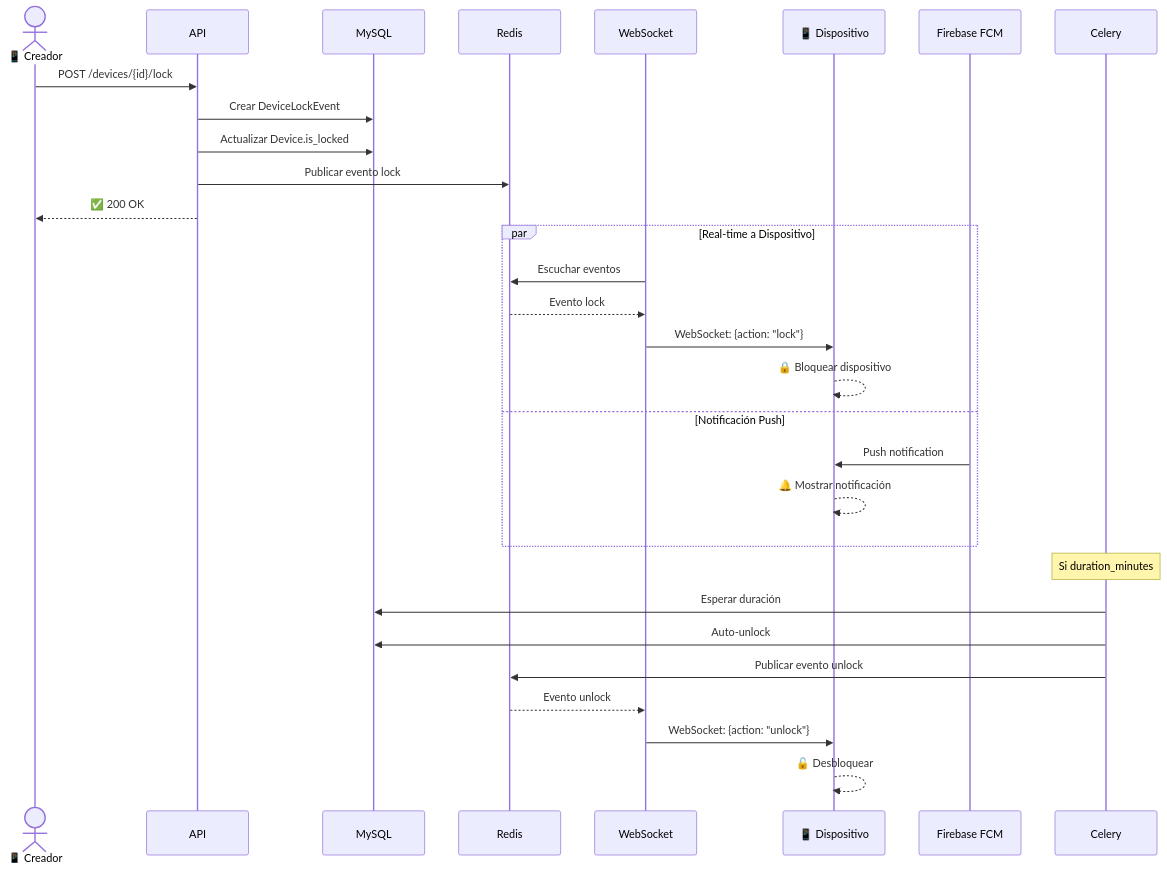
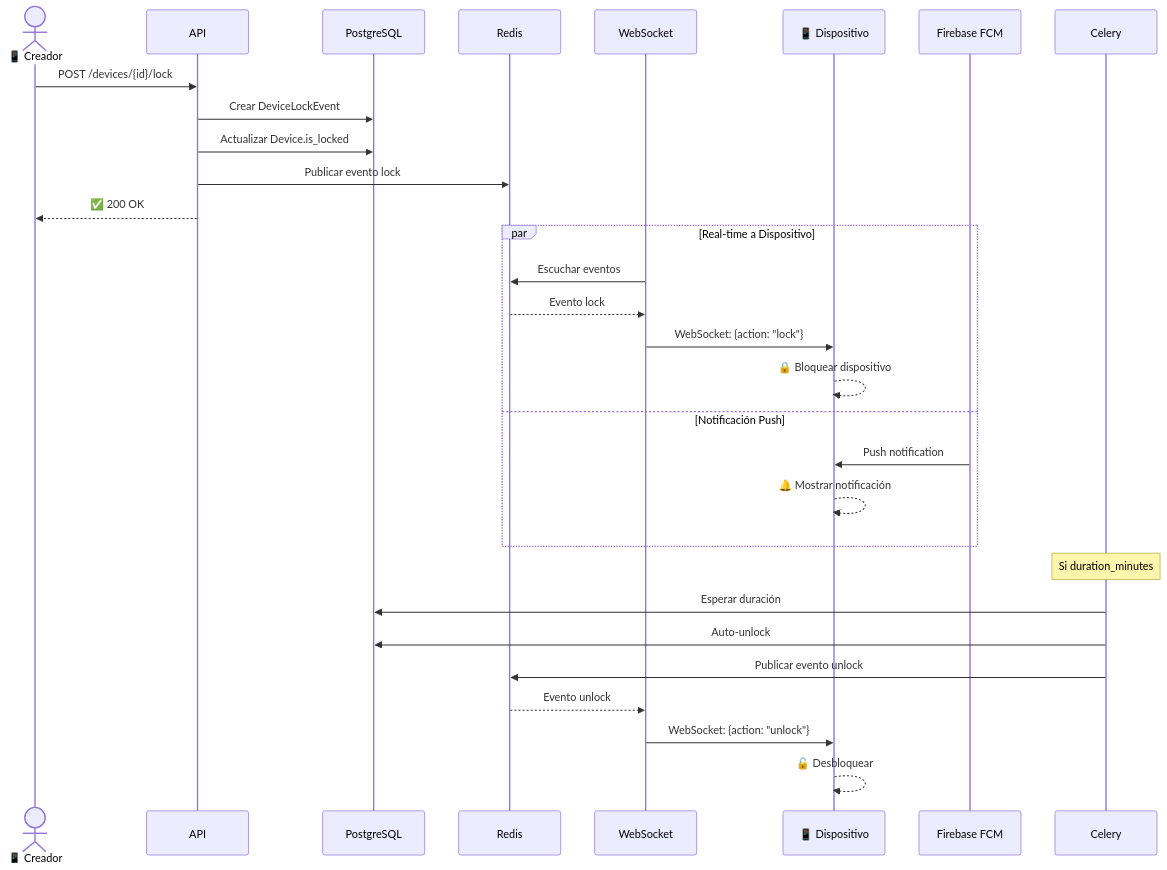
One commit to JORGUINHO98/secure-lock changed the third of 4 diagrams in README.md. Above: the diagram before and after it, drawn with Mermaid. The commit also changed other lines of this file and 10 other files, not shown here.

````diff
--- a/README.md
+++ b/README.md
@@ -227,35 +227,35 @@
 ```mermaid
 sequenceDiagram
     actor Creator as 📱 Creador
     participant API
-    participant DB as MySQL
+    participant DB as PostgreSQL
     participant Redis
     participant WS as WebSocket
     participant Device as 📱 Dispositivo
     participant FCM as Firebase FCM
     participant Celery
 
     Creator->>API: POST /devices/{id}/lock
     API->>DB: Crear DeviceLockEvent
     API->>DB: Actualizar Device.is_locked
     API->>Redis: Publicar evento lock
     API-->>Creator: ✅ 200 OK
     
     par Real-time a Dispositivo
         WS->>Redis: Escuchar eventos
         Redis-->>WS: Evento lock
         WS->>Device: WebSocket: {action: "lock"}
         Device-->>Device: 🔒 Bloquear dispositivo
     and Notificación Push
         FCM->>Device: Push notification
         Device-->>Device: 🔔 Mostrar notificación
     end
     
     Note over Celery: Si duration_minutes
     Celery->>DB: Esperar duración
     Celery->>DB: Auto-unlock
     Celery->>Redis: Publicar evento unlock
     Redis-->>WS: Evento unlock
     WS->>Device: WebSocket: {action: "unlock"}
     Device-->>Device: 🔓 Desbloquear
 ```
````
